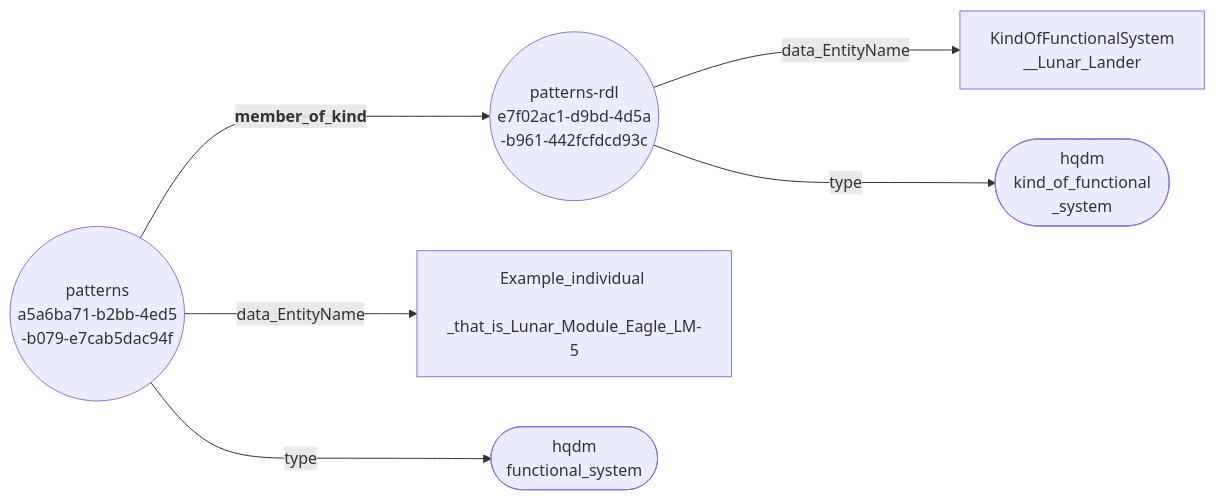
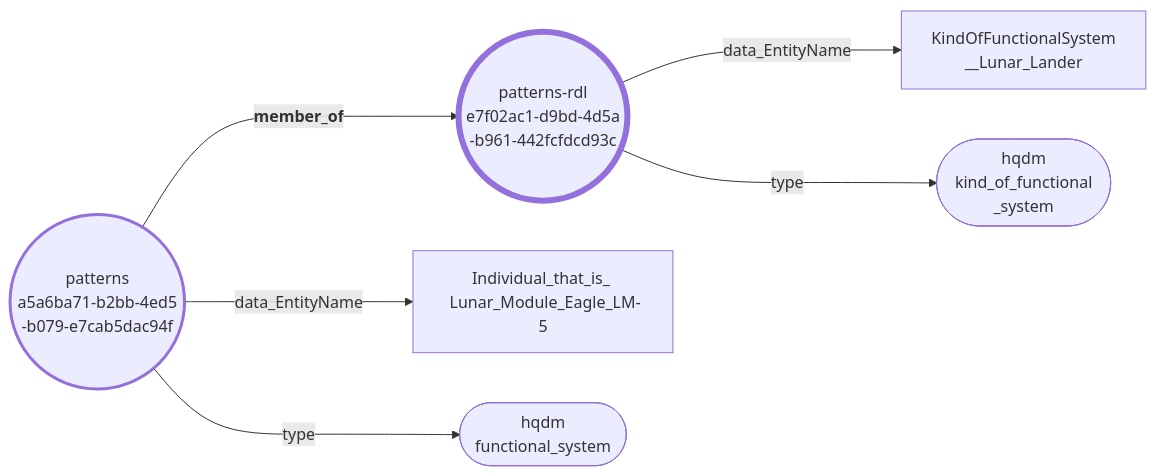
The diagram in docs/extras/example-files/member_of_kindNodeEdgeGraph.mermaid (ClimbingAl/HqdmPatterns), drawn with Mermaid before and after one commit. The commit also changed 6 other files, not shown here.

````diff
--- a/docs/extras/example-files/member_of_kindNodeEdgeGraph.mermaid
+++ b/docs/extras/example-files/member_of_kindNodeEdgeGraph.mermaid
@@ -1,8 +1,10 @@
 ``` mermaid
 graph LR
-  a5a6ba71-b2bb-4ed5-b079-e7cab5dac94f(("patterns <br> a5a6ba71-b2bb-4ed5 <br> -b079-e7cab5dac94f"))--->|"<b> member_of_kind"|e7f02ac1-d9bd-4d5a-b961-442fcfdcd93c(("patterns-rdl <br> e7f02ac1-d9bd-4d5a <br> -b961-442fcfdcd93c"));
-  a5a6ba71-b2bb-4ed5-b079-e7cab5dac94f(("patterns <br> a5a6ba71-b2bb-4ed5 <br> -b079-e7cab5dac94f"))--->|"data_EntityName"|Example_individual_that_is_Lunar_Module_Eagle_LM-5["Example_individual <br> _that_is_Lunar_Module_Eagle_LM-5"];
+  a5a6ba71-b2bb-4ed5-b079-e7cab5dac94f(("patterns <br> a5a6ba71-b2bb-4ed5 <br> -b079-e7cab5dac94f"))--->|"<b> member_of"|e7f02ac1-d9bd-4d5a-b961-442fcfdcd93c(("patterns-rdl <br> e7f02ac1-d9bd-4d5a <br> -b961-442fcfdcd93c"));
+  a5a6ba71-b2bb-4ed5-b079-e7cab5dac94f(("patterns <br> a5a6ba71-b2bb-4ed5 <br> -b079-e7cab5dac94f"))--->|"data_EntityName"|Individual_that_is_Lunar_Module_Eagle_LM-5["Individual_that_is_ <br> Lunar_Module_Eagle_LM-5"];
   a5a6ba71-b2bb-4ed5-b079-e7cab5dac94f(("patterns <br> a5a6ba71-b2bb-4ed5 <br> -b079-e7cab5dac94f"))--->|"type"|functional_system(["hqdm <br> functional_system"]);
   e7f02ac1-d9bd-4d5a-b961-442fcfdcd93c(("patterns-rdl <br> e7f02ac1-d9bd-4d5a <br> -b961-442fcfdcd93c"))--->|"data_EntityName"|KindOfFunctionalSystem__Lunar_Lander["KindOfFunctionalSystem <br> __Lunar_Lander"];
   e7f02ac1-d9bd-4d5a-b961-442fcfdcd93c(("patterns-rdl <br> e7f02ac1-d9bd-4d5a <br> -b961-442fcfdcd93c"))--->|"type"|kind_of_functional_system(["hqdm <br> kind_of_functional <br> _system"]);
+  style e7f02ac1-d9bd-4d5a-b961-442fcfdcd93c stroke-width:6px;
+  style a5a6ba71-b2bb-4ed5-b079-e7cab5dac94f stroke-width:3px;
 ```
````
